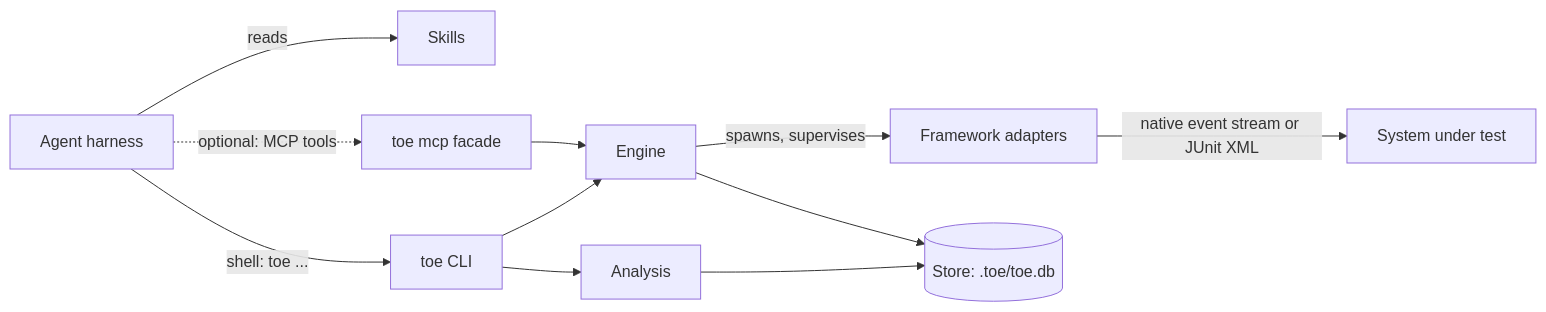
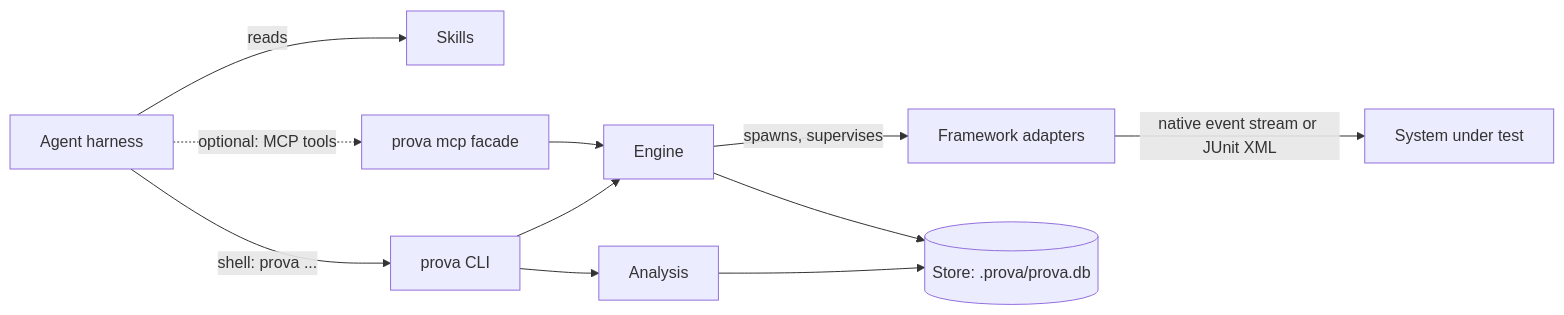
One commit to fals/prova changed the diagram in docs/adr/0001-architecture-overview.md. Above: the diagram before and after it, drawn with Mermaid. The commit also changed other lines of this file and 38 other files, not shown here.

````diff
--- a/docs/adr/0001-architecture-overview.md
+++ b/docs/adr/0001-architecture-overview.md
@@ -13,13 +13,13 @@
 ```mermaid
 flowchart LR
     H[Agent harness] -->|reads| SK[Skills]
-    H -->|shell: toe ...| CLI[toe CLI]
-    H -.->|optional: MCP tools| MCP[toe mcp facade]
+    H -->|shell: prova ...| CLI[prova CLI]
+    H -.->|optional: MCP tools| MCP[prova mcp facade]
     MCP --> ENG
     CLI --> ENG[Engine]
     ENG -->|spawns, supervises| AD[Framework adapters]
     AD -->|native event stream or JUnit XML| SUT[System under test]
-    ENG --> ST[(Store: .toe/toe.db)]
+    ENG --> ST[(Store: .prova/prova.db)]
     AN[Analysis] --> ST
     CLI --> AN
 ```
````
